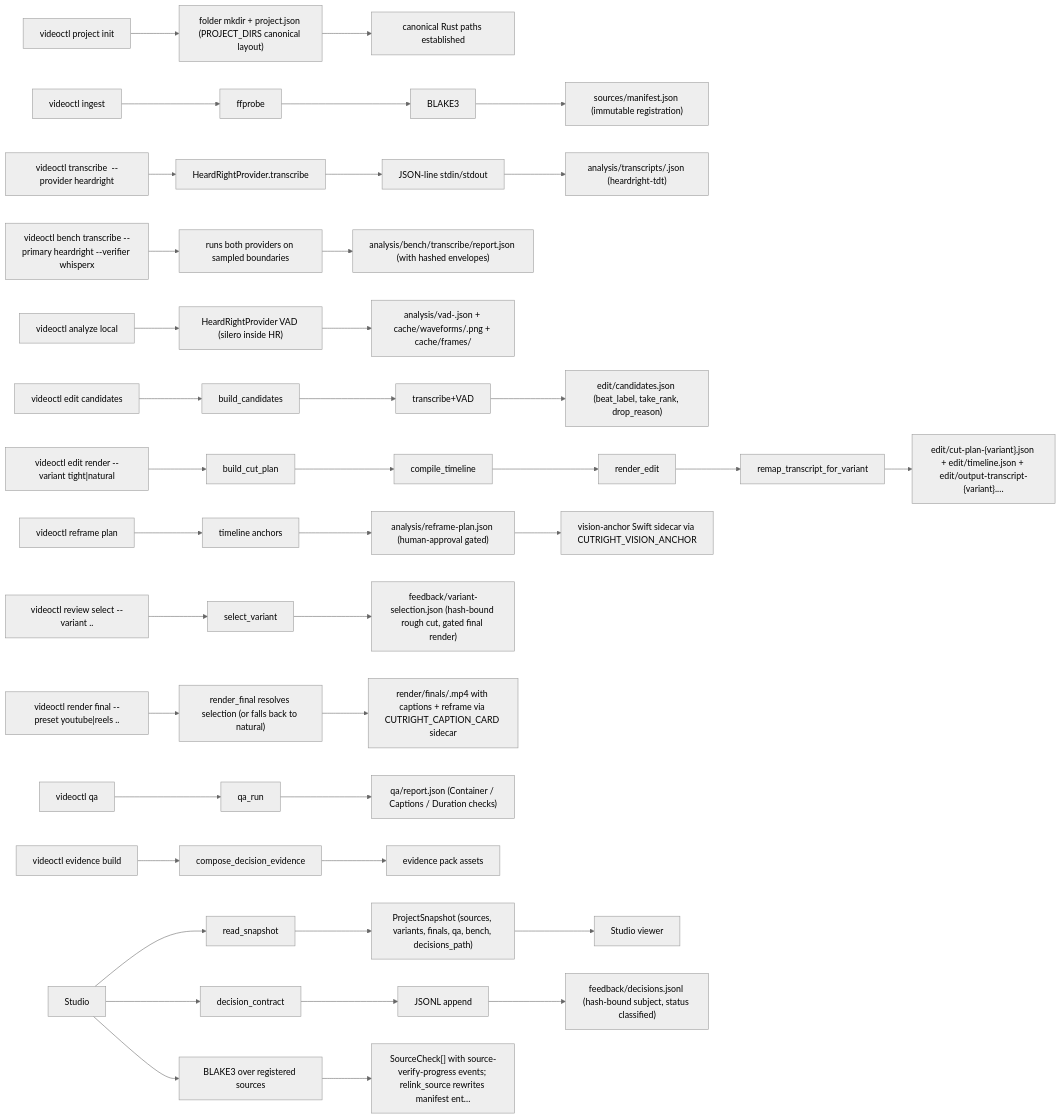
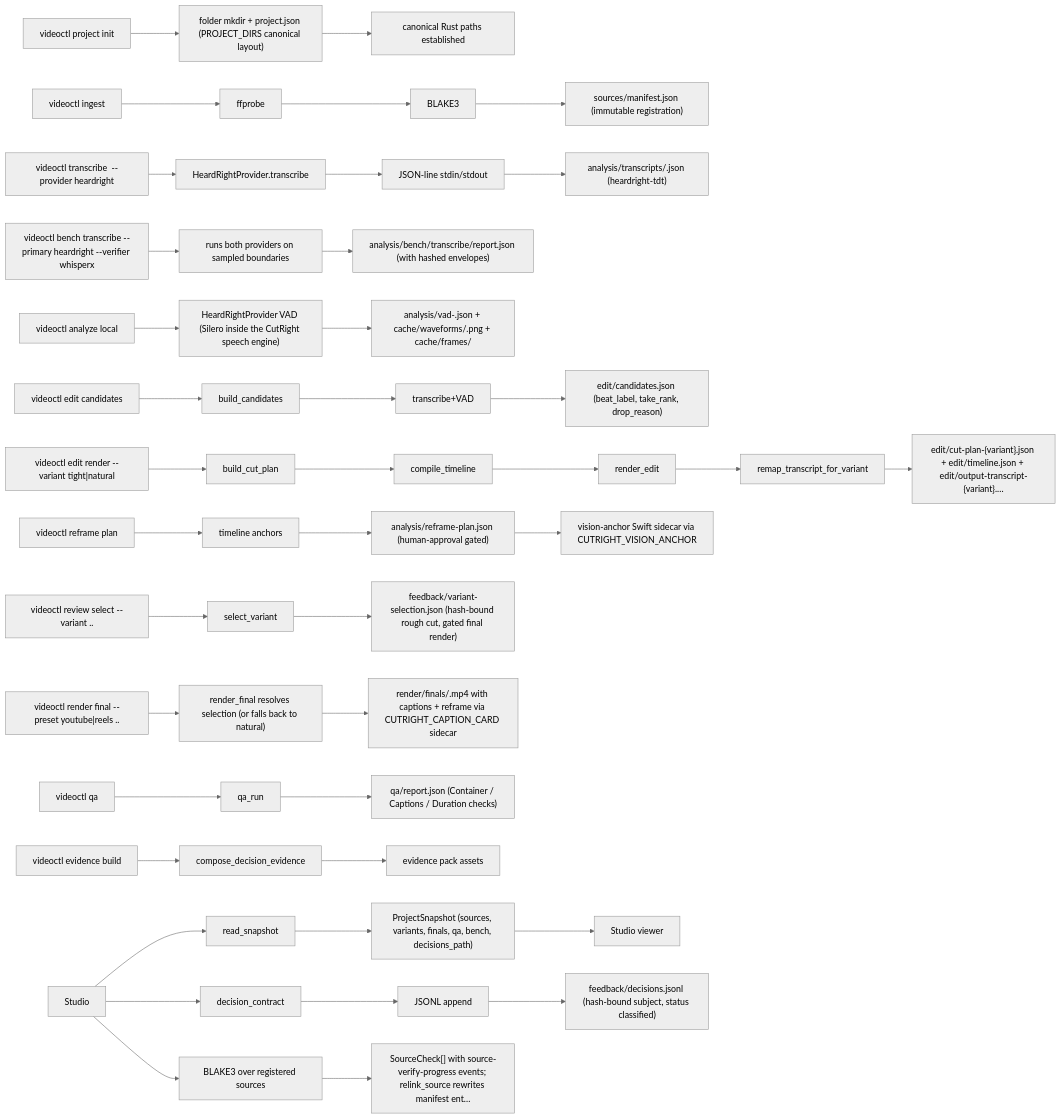
Before and after one commit to Orthic-Labs/CutRight: the diagram in docs/architecture.md, drawn with Mermaid (neutral theme). The commit also changed other lines of this file and 4 other files, not shown here.

```diff
--- a/docs/architecture.md
+++ b/docs/architecture.md
@@ -53,7 +53,7 @@
   c12["runs both providers on sampled boundaries"]
   c13["analysis/bench/transcribe/report.json (with hashed envelopes)"]
   c14["videoctl analyze local"]
-  c15["HeardRightProvider VAD (silero inside HR)"]
+  c15["HeardRightProvider VAD (Silero inside the CutRight speech engine)"]
   c16["analysis/vad-<source_id>.json + cache/waveforms/<source_id>.png + cache/frames/<sourc…"]
   c17["videoctl edit candidates"]
   c18["build_candidates"]
```
